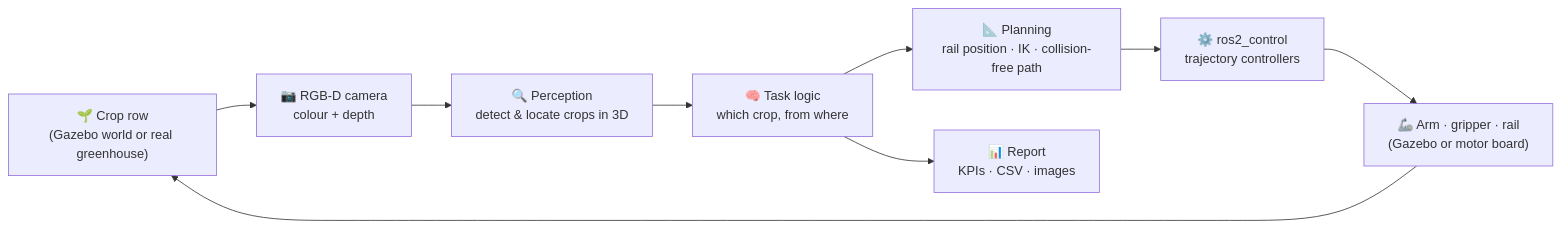
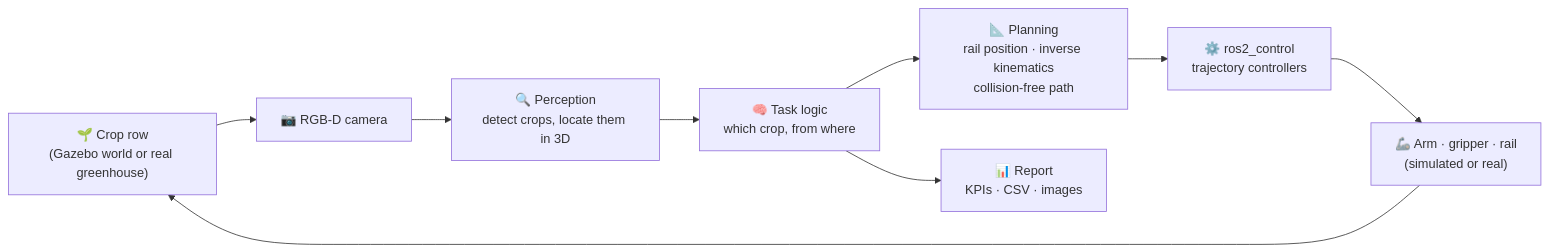
One commit to basheeraltawil/agrobot-ros2-agricultural-robot-arm changed the diagram in README.md. Above: the diagram before and after it, drawn with Mermaid. The commit also changed other lines of this file and 25 other files, not shown here.

````diff
--- a/README.md
+++ b/README.md
@@ -26,11 +39,11 @@
 ```mermaid
 flowchart LR
-    A["🌱 Crop row<br/>(Gazebo world or real greenhouse)"] --> B["📷 RGB-D camera<br/>colour + depth"]
-    B --> C["🔍 Perception<br/>detect & locate crops in 3D"]
+    A["🌱 Crop row<br/>(Gazebo world or real greenhouse)"] --> B["📷 RGB-D camera"]
+    B --> C["🔍 Perception<br/>detect crops, locate them in 3D"]
     C --> D["🧠 Task logic<br/>which crop, from where"]
-    D --> E["📐 Planning<br/>rail position · IK · collision-free path"]
+    D --> E["📐 Planning<br/>rail position · inverse kinematics<br/>collision-free path"]
     E --> F["⚙️ ros2_control<br/>trajectory controllers"]
-    F --> G["🦾 Arm · gripper · rail<br/>(Gazebo or motor board)"]
+    F --> G["🦾 Arm · gripper · rail<br/>(simulated or real)"]
     G --> A
     D --> H["📊 Report<br/>KPIs · CSV · images"]
 ```
````
